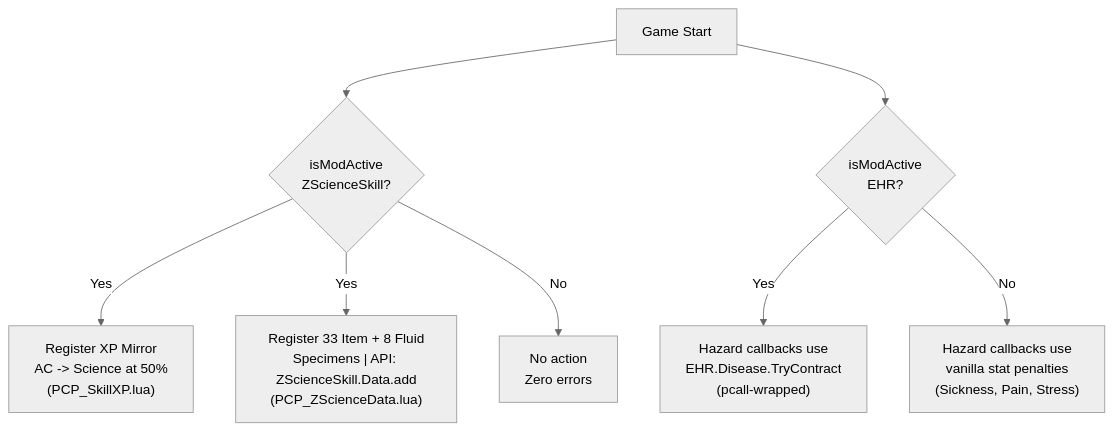
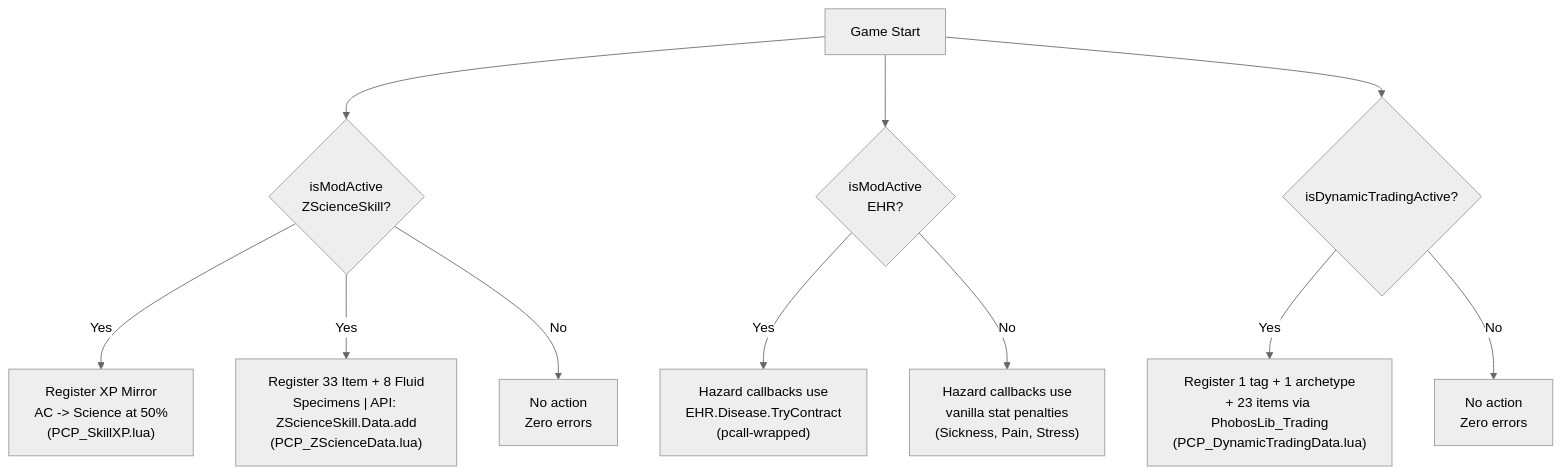
Before and after one commit to phobos-dthorga/mod-pz-chemistry-pathways: the third of 5 diagrams in docs/diagrams/architecture.md, drawn with Mermaid (neutral theme). The commit also changed other lines of this file and 14 other files, not shown here.

First line of the commit message:
feat: add fertilizer variants, tar torch, and Dynamic Trading integration (v0.16.0)

````diff
--- a/docs/diagrams/architecture.md
+++ b/docs/diagrams/architecture.md
@@ -102,12 +109,16 @@
 ```mermaid
 graph TB
     START["Game Start"] --> CHECK_ZSS{"isModActive<br/>ZScienceSkill?"}
     START --> CHECK_EHR{"isModActive<br/>EHR?"}
+    START --> CHECK_DT{"isDynamicTradingActive?"}
 
     CHECK_ZSS -->|"Yes"| ZSS_INIT["Register XP Mirror<br/>AC -> Science at 50%<br/>(PCP_SkillXP.lua)"]
     CHECK_ZSS -->|"Yes"| ZSS_DATA["Register 33 Item + 8 Fluid<br/>Specimens | API: ZScienceSkill.Data.add<br/>(PCP_ZScienceData.lua)"]
     CHECK_ZSS -->|"No"| ZSS_SKIP["No action<br/>Zero errors"]
 
     CHECK_EHR -->|"Yes"| EHR_INIT["Hazard callbacks use<br/>EHR.Disease.TryContract<br/>(pcall-wrapped)"]
     CHECK_EHR -->|"No"| EHR_SKIP["Hazard callbacks use<br/>vanilla stat penalties<br/>(Sickness, Pain, Stress)"]
+
+    CHECK_DT -->|"Yes"| DT_INIT["Register 1 tag + 1 archetype<br/>+ 23 items via PhobosLib_Trading<br/>(PCP_DynamicTradingData.lua)"]
+    CHECK_DT -->|"No"| DT_SKIP["No action<br/>Zero errors"]
 ```
````
